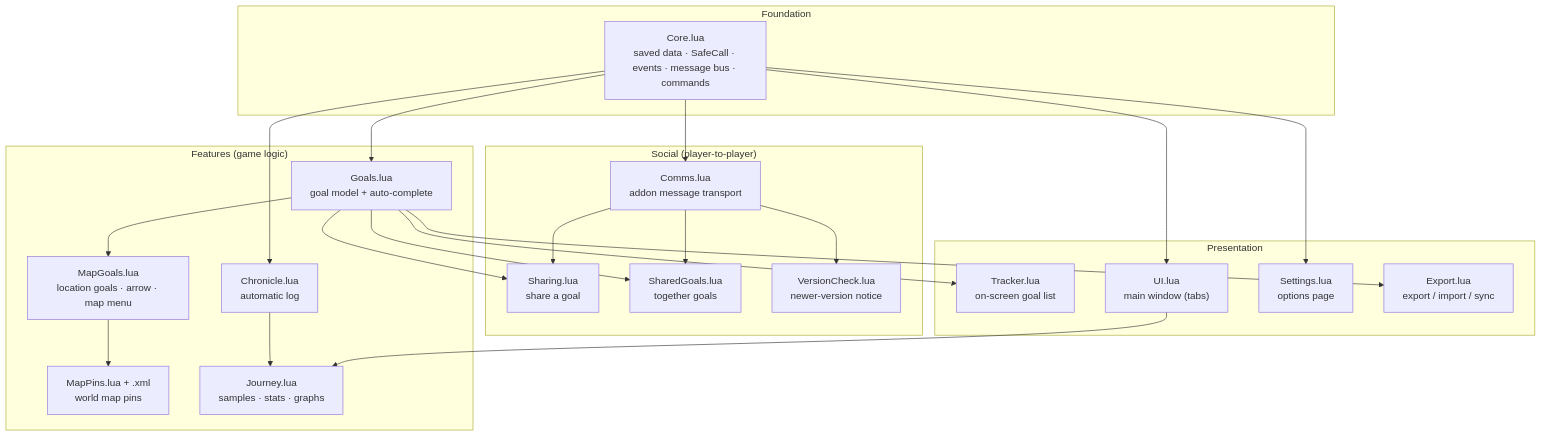
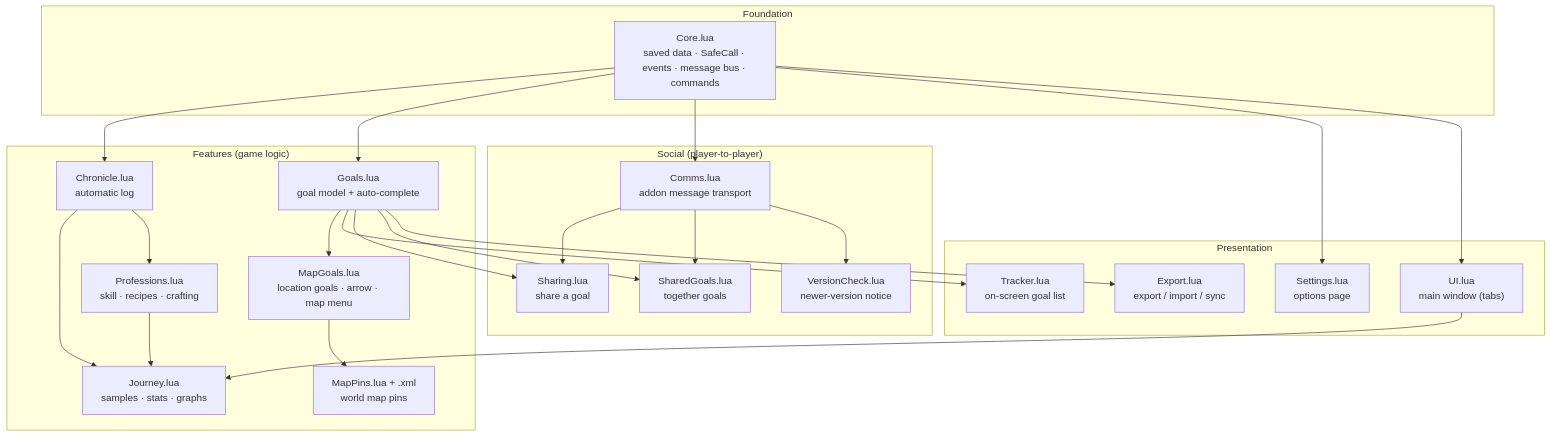
The second of 12 diagrams in docs/Topology.md (SaffronG/ForeverChronicler), drawn with Mermaid before and after one commit. The commit also changed other lines of this file and 15 other files, not shown here.

First line of the commit message:
Chronicle professions, recipes and crafting with recipe completion

````diff
--- a/docs/Topology.md
+++ b/docs/Topology.md
@@ -72,34 +72,37 @@
 ```mermaid
 flowchart TB
     subgraph Foundation
         Core["Core.lua<br/>saved data · SafeCall · events · message bus · commands"]
     end
     subgraph Features["Features (game logic)"]
         Chronicle["Chronicle.lua<br/>automatic log"]
         Goals["Goals.lua<br/>goal model + auto-complete"]
         MapGoals["MapGoals.lua<br/>location goals · arrow · map menu"]
         MapPins["MapPins.lua + .xml<br/>world map pins"]
         Journey["Journey.lua<br/>samples · stats · graphs"]
+        Professions["Professions.lua<br/>skill · recipes · crafting"]
     end
     subgraph Social["Social (player-to-player)"]
         Comms["Comms.lua<br/>addon message transport"]
         Sharing["Sharing.lua<br/>share a goal"]
         Shared["SharedGoals.lua<br/>together goals"]
         Version["VersionCheck.lua<br/>newer-version notice"]
     end
     subgraph Presentation["Presentation"]
         Tracker["Tracker.lua<br/>on-screen goal list"]
         UI["UI.lua<br/>main window (tabs)"]
         Settings["Settings.lua<br/>options page"]
         Export["Export.lua<br/>export / import / sync"]
     end
 
     Core --> Chronicle & Goals & Comms & Settings & UI
     Goals --> MapGoals --> MapPins
     Goals --> Tracker
     Comms --> Sharing & Shared & Version
     Goals --> Sharing & Shared
     Chronicle --> Journey
     UI --> Journey
+    Chronicle --> Professions
+    Professions --> Journey
     Goals --> Export
 ```
````
